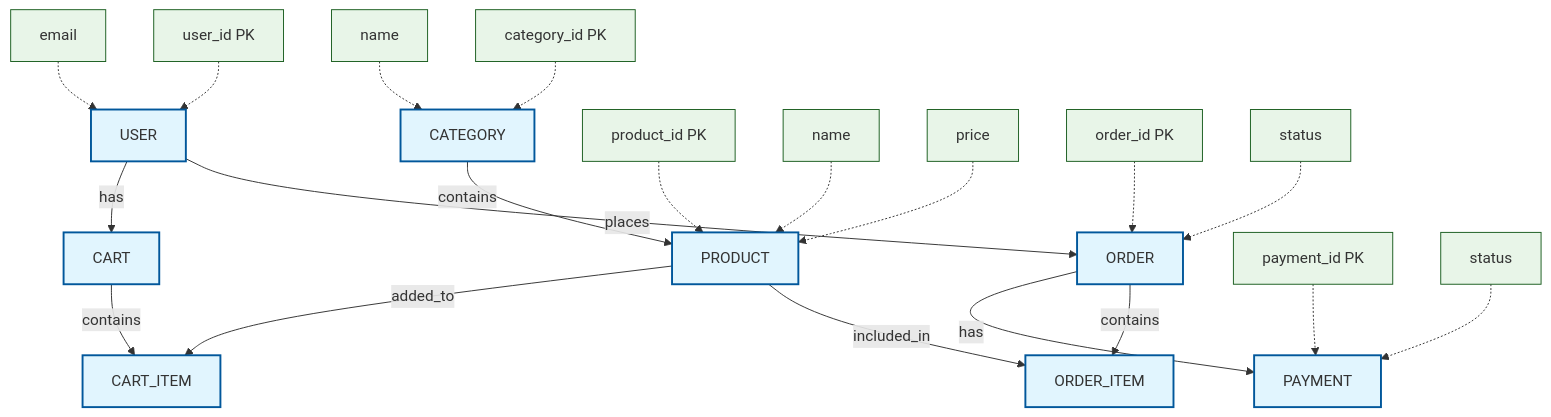
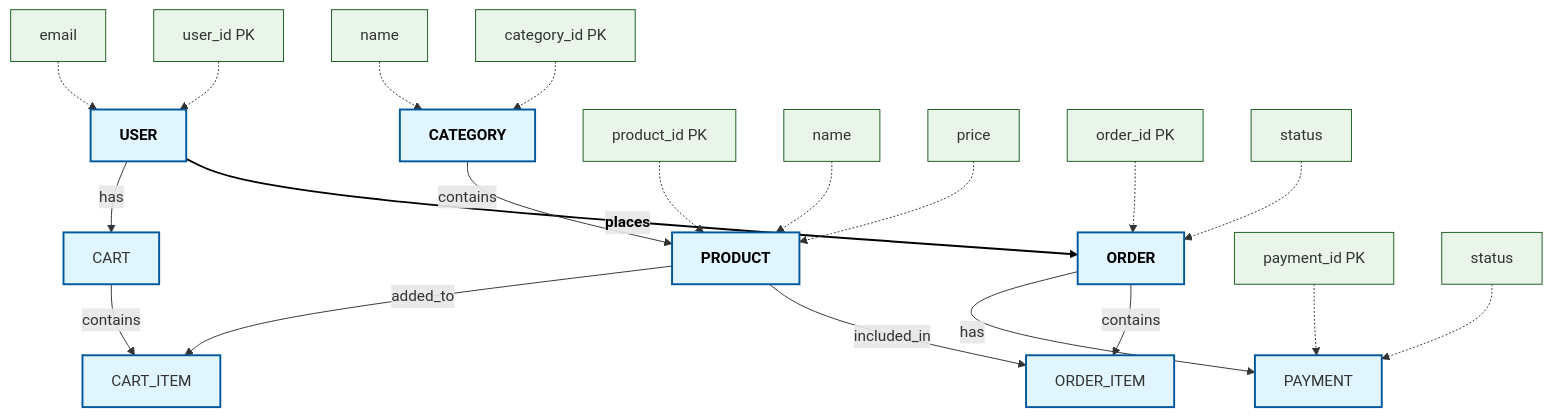
One commit to Vlad-b-g-Coder/BD1 changed the diagram in README.md. Above: the diagram before and after it, drawn with Mermaid.

````diff
--- a/README.md
+++ b/README.md
@@ -3,47 +3,51 @@
 ```mermaid
 flowchart TD
     %% Сущности
     USER[USER]
     CATEGORY[CATEGORY]
     PRODUCT[PRODUCT]
     CART[CART]
     ORDER[ORDER]
     PAYMENT[PAYMENT]
     CART_ITEM[CART_ITEM]
     ORDER_ITEM[ORDER_ITEM]
     
     %% Связи
     USER -->|places| ORDER
     USER -->|has| CART
     CATEGORY -->|contains| PRODUCT
     CART -->|contains| CART_ITEM
     ORDER -->|contains| ORDER_ITEM
     PRODUCT -->|included_in| ORDER_ITEM
     ORDER -->|has| PAYMENT
     PRODUCT -->|added_to| CART_ITEM
     
     %% Основные атрибуты
     USER_ID[user_id PK] -.-> USER
     USER_EMAIL[email] -.-> USER
     
     CATEGORY_ID[category_id PK] -.-> CATEGORY
     CATEGORY_NAME[name] -.-> CATEGORY
     
     PRODUCT_ID[product_id PK] -.-> PRODUCT
     PRODUCT_NAME[name] -.-> PRODUCT
     PRODUCT_PRICE[price] -.-> PRODUCT
     
     ORDER_ID[order_id PK] -.-> ORDER
     ORDER_STATUS[status] -.-> ORDER
     
     PAYMENT_ID[payment_id PK] -.-> PAYMENT
     PAYMENT_STATUS[status] -.-> PAYMENT
     
     %% Стили
+    classDef blackText fill:#e1f5fe,stroke:#01579b,color:#000000,font-weight:bold
+    classDef blackArrow color:#000000,font-weight:bold
+    class USER,CATEGORY,PRODUCT,ORDER blackText
+    linkStyle 0 stroke:#000000,stroke-width:2px,color:#000000,font-weight:bold
     classDef entity fill:#e1f5fe,stroke:#01579b,stroke-width:2px
     classDef relationship fill:#f3e5f5,stroke:#4a148c,stroke-width:1px
     classDef attribute fill:#e8f5e8,stroke:#1b5e20,stroke-width:1px
     
     class USER,CATEGORY,PRODUCT,CART,ORDER,PAYMENT,CART_ITEM,ORDER_ITEM entity
     class USER_ID,USER_EMAIL,CATEGORY_ID,CATEGORY_NAME,PRODUCT_ID,PRODUCT_NAME,PRODUCT_PRICE,ORDER_ID,ORDER_STATUS,PAYMENT_ID,PAYMENT_STATUS attribute
 ```
````
